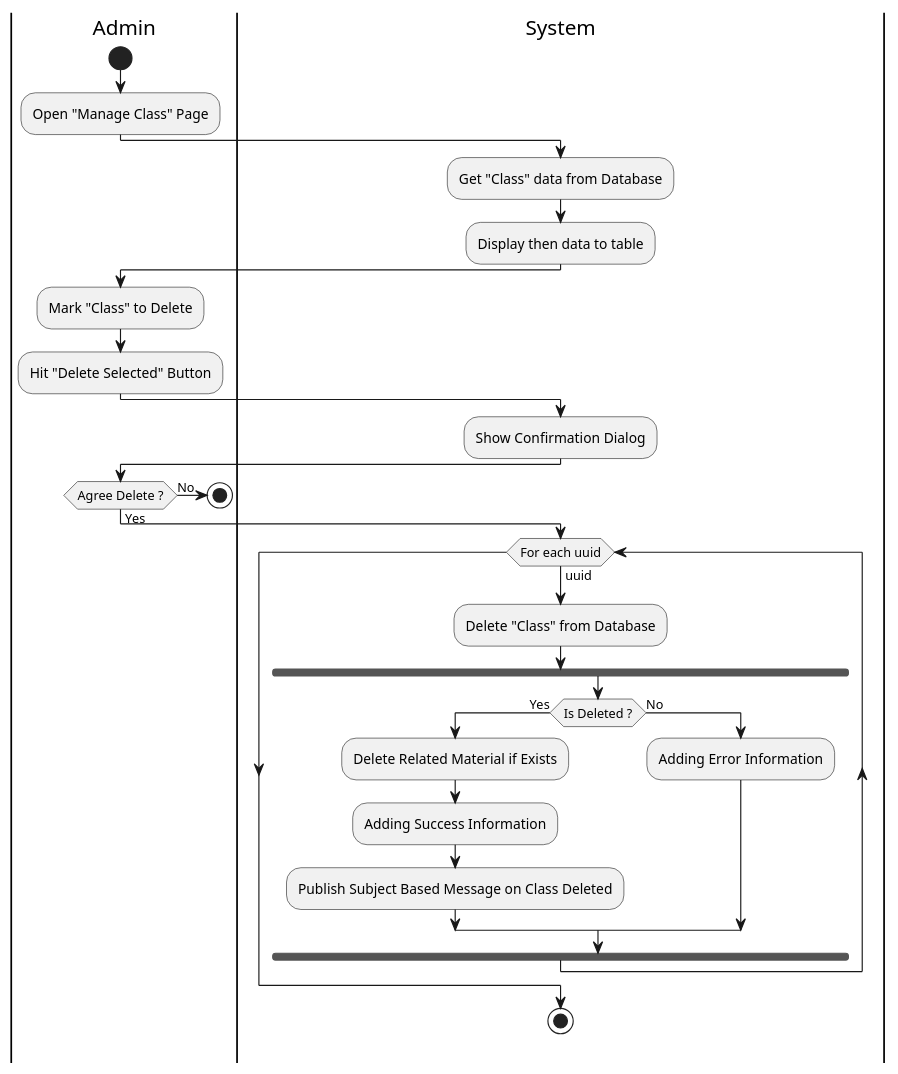
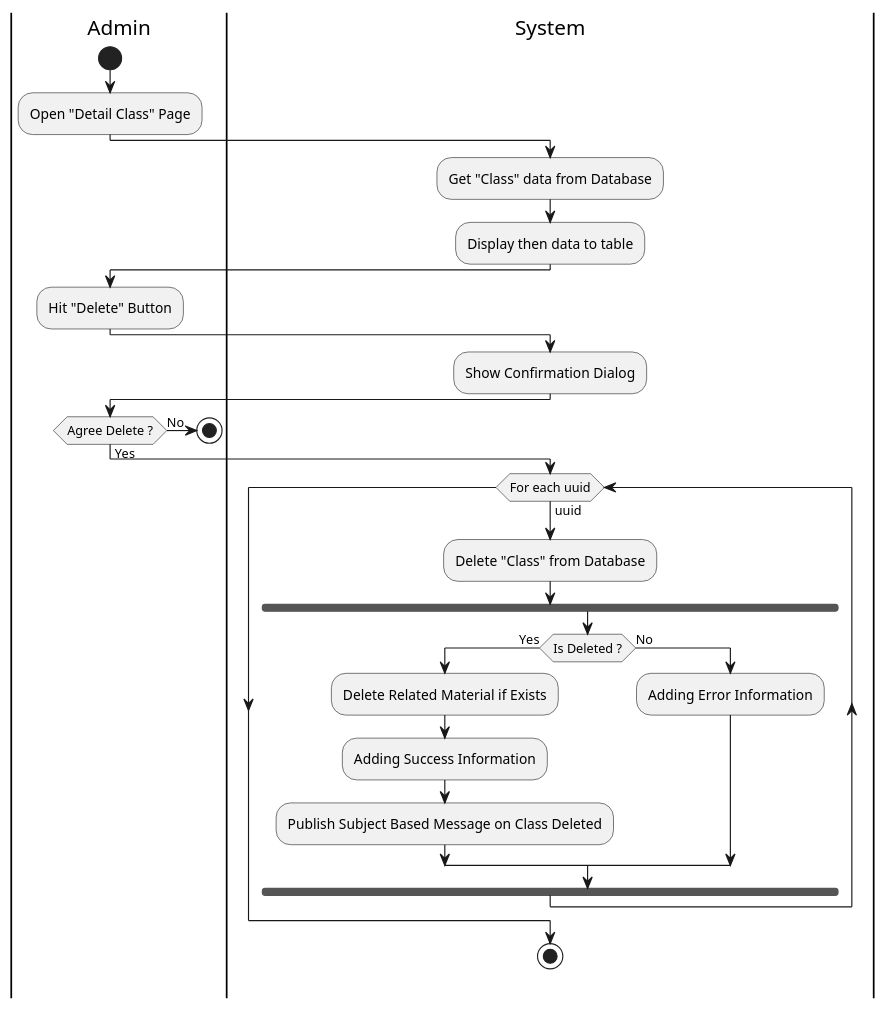
The diagram in Activity/Release02/DeleteClass.wsd (fwidjaya20/fazzlearning-uml), drawn with PlantUML before and after one commit. The commit also changed 1 other file, not shown here.

Commit message:
activity: changing flow

```diff
--- a/Activity/Release02/DeleteClass.wsd
+++ b/Activity/Release02/DeleteClass.wsd
@@ -1,42 +1,41 @@
 @startuml DeleteClass
 
 skinparam ConditionEndStyle hline
 skinparam Monochrome true
 skinparam Shadowing false
 
 |Admin|
 start
-:Open "Manage Class" Page;
+:Open "Detail Class" Page;
 
 |System|
 :Get "Class" data from Database;
 :Display then data to table;
 
 |Admin|
-:Mark "Class" to Delete;
-:Hit "Delete Selected" Button;
+:Hit "Delete" Button;
 
 |System|
 :Show Confirmation Dialog;
 
 |Admin|
 if (Agree Delete ?) then (No)
     stop
 else (Yes)
     |System|
     while (For each uuid) is (uuid)
         :Delete "Class" from Database;
         fork
             |System|
             if (Is Deleted ?) then (Yes)
                 :Delete Related Material if Exists;
                 :Adding Success Information;
                 :Publish Subject Based Message on Class Deleted;
             else (No)
                 :Adding Error Information;
             endif
         endfork
     endwhile
     stop
 endif
 @enduml
```
